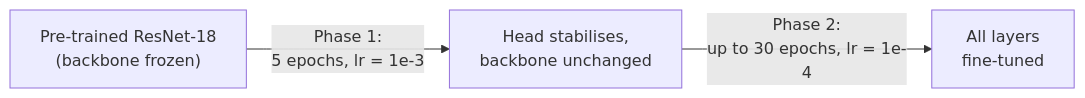
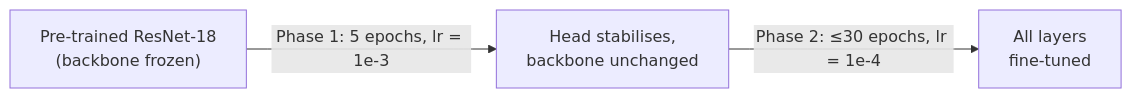
One commit to NHS-South-Central-and-West/deep-learning-without-math changed the eighth of 8 diagrams in session-02-cnns-and-transfer-learning.qmd. Above: the diagram before and after it, drawn with Mermaid. The commit also changed other lines of this file, not shown here.

Commit message:
Fix mermaid diagram text issues

````diff
--- a/session-02-cnns-and-transfer-learning.qmd
+++ b/session-02-cnns-and-transfer-learning.qmd
@@ -282,4 +282,4 @@
 ```{mermaid}
 graph LR
-  A["Pre-trained ResNet-18<br/>(backbone frozen)"] -->|"Phase 1:<br/>5 epochs, lr = 1e-3"| B["Head stabilises,<br/>backbone unchanged"] -->|"Phase 2:<br/>up to 30 epochs, lr = 1e-4"| C["All layers<br/>fine-tuned"]
+  A["Pre-trained ResNet-18<br/>(backbone frozen)"] -->|"Phase 1: 5 epochs, lr = 1e-3"| B["Head stabilises,<br/>backbone unchanged"] -->|"Phase 2: ≤30 epochs, lr = 1e-4"| C["All layers<br/>fine-tuned"]
 ```
````
